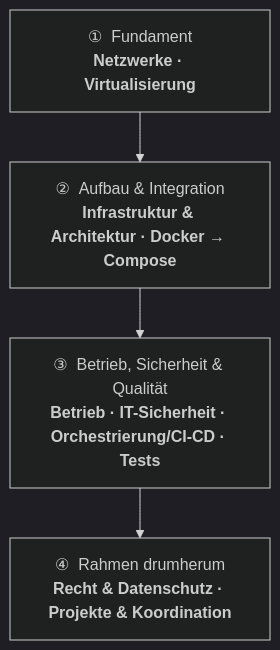
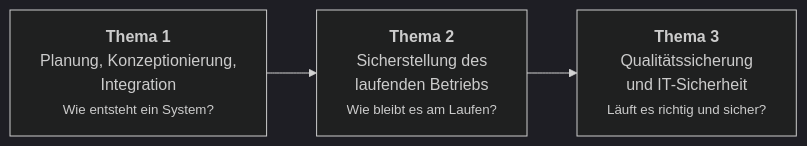
One commit to JacobMenge/kurs-unterlagen changed the first of 2 diagrams in docs/fahrplan.md. Above: the diagram before and after it, drawn with Mermaid (dark theme). The commit also changed other lines of this file and 107 other files, not shown here.

````diff
--- a/docs/fahrplan.md
+++ b/docs/fahrplan.md
@@ -38,8 +19,7 @@
 ```mermaid
-flowchart TB
-  P1["① &nbsp;Fundament<br/><b>Netzwerke · Virtualisierung</b>"]
-  P2["② &nbsp;Aufbau & Integration<br/><b>Infrastruktur & Architektur · Docker → Compose</b>"]
-  P3["③ &nbsp;Betrieb, Sicherheit & Qualität<br/><b>Betrieb · IT-Sicherheit · Orchestrierung/CI-CD · Tests</b>"]
-  P4["④ &nbsp;Rahmen drumherum<br/><b>Recht & Datenschutz · Projekte & Koordination</b>"]
-  P1 --> P2 --> P3 --> P4
+flowchart LR
+  T1["<b>Thema 1</b><br/>Planung, Konzeptionierung,<br/>Integration<br/><small>Wie entsteht ein System?</small>"]
+  T2["<b>Thema 2</b><br/>Sicherstellung des<br/>laufenden Betriebs<br/><small>Wie bleibt es am Laufen?</small>"]
+  T3["<b>Thema 3</b><br/>Qualitätssicherung<br/>und IT-Sicherheit<br/><small>Läuft es richtig und sicher?</small>"]
+  T1 --> T2 --> T3
 ```
````
